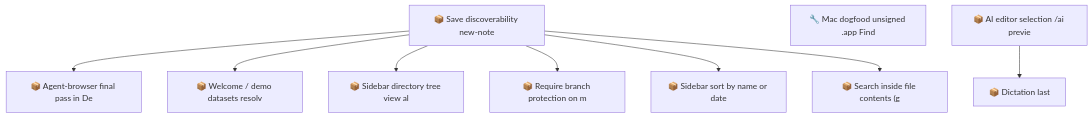
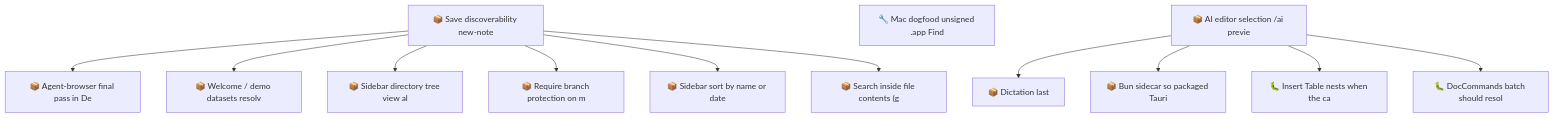
One commit to SpillwaveSolutions/motion changed the second of 2 diagrams in docs/roadmap.md. Above: the diagram before and after it, drawn with Mermaid. The commit also changed other lines of this file and 1 other file, not shown here.

First line of the commit message:
chore: file sidecar, nested-table, and DocCommands locator follow-ups

````diff
--- a/docs/roadmap.md
+++ b/docs/roadmap.md
@@ -95,20 +113,26 @@
 ```mermaid
 graph TD
     01KYQYYN3SBWDT25TC6H3G4EAA["📦 Save discoverability new-note"]
     01KYQYYN3T2SSGG33ESEWPXKH8["📦 Agent-browser final pass in De"]
     01KYQYYN3T3VB8RCTMJJ13FK2H["📦 Welcome / demo datasets resolv"]
     01KYQYYN3T5W49QH05WCCYX7CE["📦 Sidebar directory tree view al"]
     01KYQYYN3T731B57N8NXQ8C0FQ["📦 Require branch protection on m"]
     01KYQYYN3TA69K8848E483HC82["📦 Sidebar sort by name or date"]
     01KYQYYN3TKW93D9SVW07VKFZY["📦 Search inside file contents (g"]
     01M18Q560MPAYQJTA0W6F4DAW3["🔧 Mac dogfood unsigned .app Find"]
     01M18R79ZM90HJ0MBG3CX6VW7E["📦 Dictation last"]
     01M18R79ZMN53CMV76JFHKVEFN["📦 AI editor selection /ai previe"]
+    01M19Z6Z3XQZ03EYNXKKBG5WK7["📦 Bun sidecar so packaged Tauri"]
+    01M19Z6Z5DJ54227R1WYVVX2GF["🐛 Insert Table nests when the ca"]
+    01M19Z6Z6X06VRZM95741Y2748["🐛 DocCommands batch should resol"]
     01KYQYYN3SBWDT25TC6H3G4EAA --> 01KYQYYN3T2SSGG33ESEWPXKH8
     01KYQYYN3SBWDT25TC6H3G4EAA --> 01KYQYYN3T3VB8RCTMJJ13FK2H
     01KYQYYN3SBWDT25TC6H3G4EAA --> 01KYQYYN3T5W49QH05WCCYX7CE
     01KYQYYN3SBWDT25TC6H3G4EAA --> 01KYQYYN3T731B57N8NXQ8C0FQ
     01KYQYYN3SBWDT25TC6H3G4EAA --> 01KYQYYN3TA69K8848E483HC82
     01KYQYYN3SBWDT25TC6H3G4EAA --> 01KYQYYN3TKW93D9SVW07VKFZY
     01M18R79ZMN53CMV76JFHKVEFN --> 01M18R79ZM90HJ0MBG3CX6VW7E
+    01M18R79ZMN53CMV76JFHKVEFN --> 01M19Z6Z3XQZ03EYNXKKBG5WK7
+    01M18R79ZMN53CMV76JFHKVEFN --> 01M19Z6Z5DJ54227R1WYVVX2GF
+    01M18R79ZMN53CMV76JFHKVEFN --> 01M19Z6Z6X06VRZM95741Y2748
 ```
````
